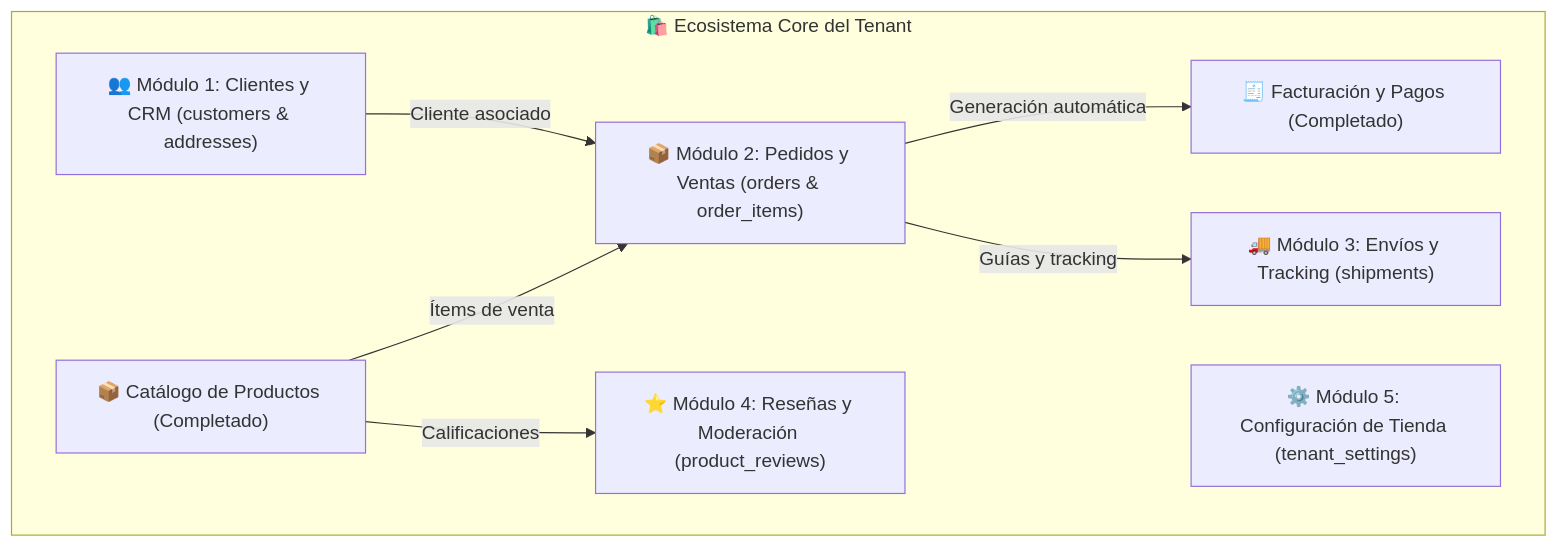
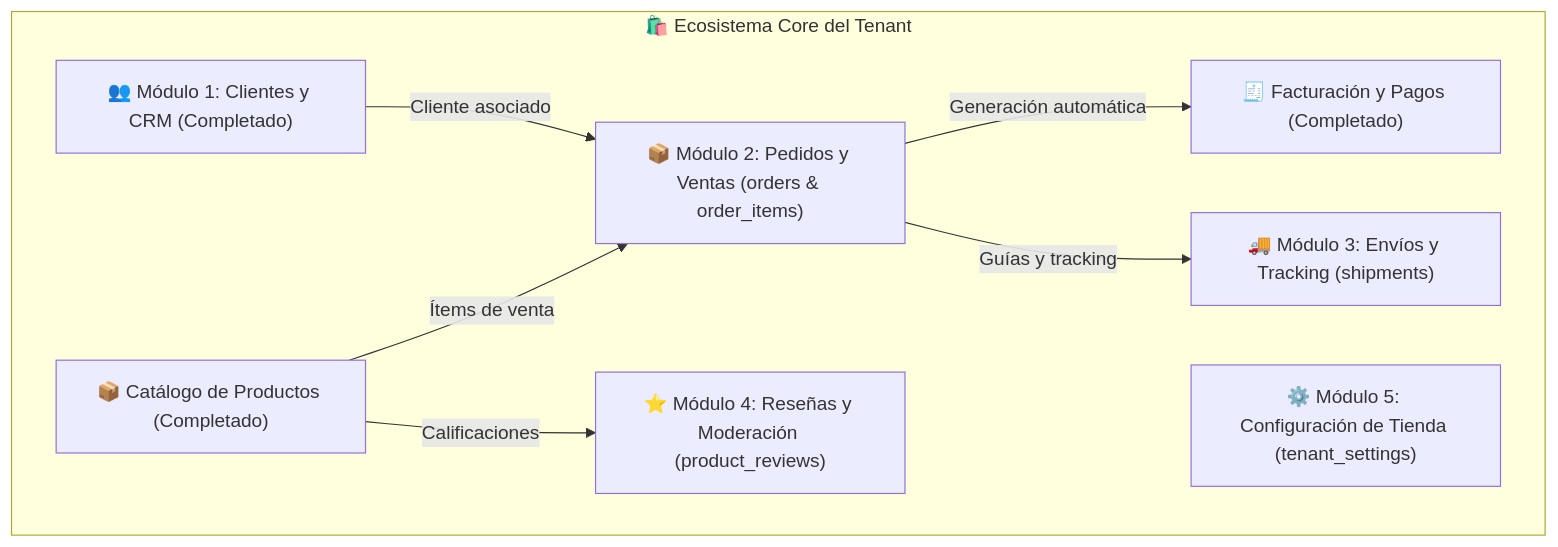
The diagram in PLANIFICACION_MODULOS_TENANT.md (gabrielj2814/owomarket), drawn with Mermaid before and after one commit. The commit also changed other lines of this file and 1 other file, not shown here.

````diff
--- a/PLANIFICACION_MODULOS_TENANT.md
+++ b/PLANIFICACION_MODULOS_TENANT.md
@@ -10,19 +10,19 @@
 ```mermaid
 flowchart TD
     subgraph CoreCommerce ["🛍️ Ecosistema Core del Tenant"]
         PROD["📦 Catálogo de Productos (Completado)"]
         BILL["🧾 Facturación y Pagos (Completado)"]
+        CUST["👥 Módulo 1: Clientes y CRM (Completado)"]
         
-        CUST["👥 Módulo 1: Clientes y CRM (customers & addresses)"]
         ORD["📦 Módulo 2: Pedidos y Ventas (orders & order_items)"]
         SHIP["🚚 Módulo 3: Envíos y Tracking (shipments)"]
         REV["⭐ Módulo 4: Reseñas y Moderación (product_reviews)"]
         SETT["⚙️ Módulo 5: Configuración de Tienda (tenant_settings)"]
         
         CUST -->|Cliente asociado| ORD
         PROD -->|Ítems de venta| ORD
         ORD -->|Generación automática| BILL
         ORD -->|Guías y tracking| SHIP
         PROD -->|Calificaciones| REV
     end
 ```
````
